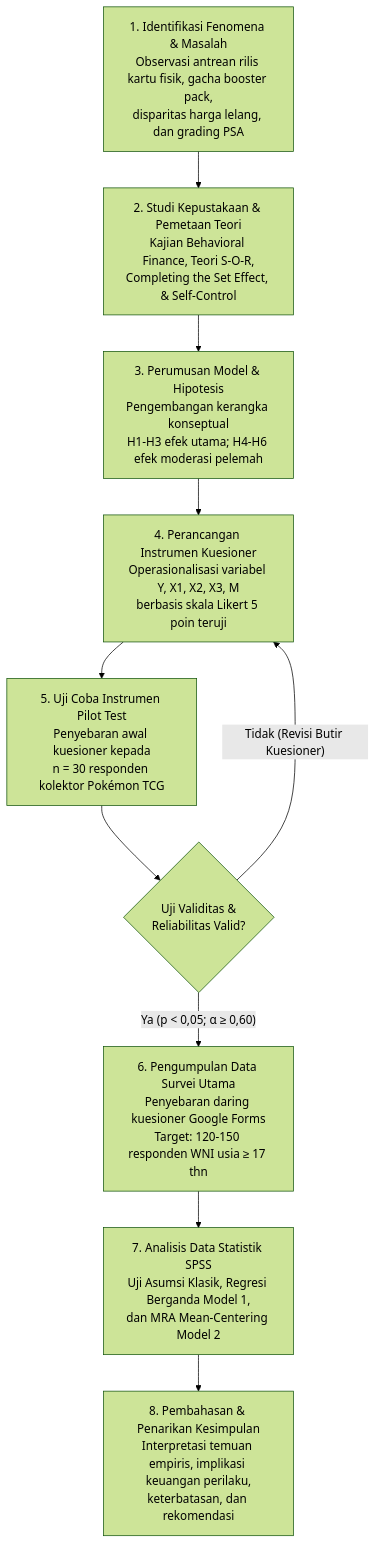
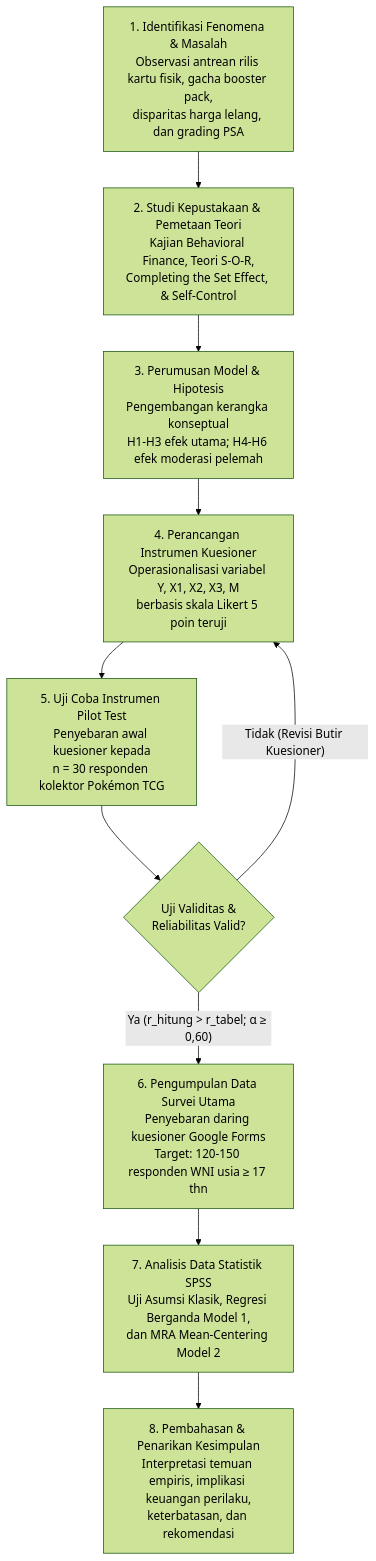
The diagram in 03_Draft_Per_Bab/BAB_III_METODE_PENELITIAN.md (arthurfreelanceinquiries-alt/SKRIPSI-arthur), drawn with Mermaid (forest theme) before and after one commit. The commit also changed other lines of this file and 20 other files, not shown here.

````diff
--- a/03_Draft_Per_Bab/BAB_III_METODE_PENELITIAN.md
+++ b/03_Draft_Per_Bab/BAB_III_METODE_PENELITIAN.md
@@ -255,12 +259,12 @@
 ```mermaid
 graph TD
     A[1. Identifikasi Fenomena & Masalah<br>Observasi antrean rilis kartu fisik, gacha booster pack,<br>disparitas harga lelang, dan grading PSA] --> B[2. Studi Kepustakaan & Pemetaan Teori<br>Kajian Behavioral Finance, Teori S-O-R,<br>Completing the Set Effect, & Self-Control]
     B --> C[3. Perumusan Model & Hipotesis<br>Pengembangan kerangka konseptual<br>H1-H3 efek utama; H4-H6 efek moderasi pelemah]
     C --> D[4. Perancangan Instrumen Kuesioner<br>Operasionalisasi variabel Y, X1, X2, X3, M<br>berbasis skala Likert 5 poin teruji]
     D --> E[5. Uji Coba Instrumen Pilot Test<br>Penyebaran awal kuesioner kepada<br>n = 30 responden kolektor Pokémon TCG]
     E --> F{Uji Validitas &<br>Reliabilitas Valid?}
     F -- "Tidak (Revisi Butir Kuesioner)" --> D
-    F -- "Ya (p < 0,05; α ≥ 0,60)" --> G[6. Pengumpulan Data Survei Utama<br>Penyebaran daring kuesioner Google Forms<br>Target: 120-150 responden WNI usia ≥ 17 thn]
+    F -- "Ya (r_hitung > r_tabel; α ≥ 0,60)" --> G[6. Pengumpulan Data Survei Utama<br>Penyebaran daring kuesioner Google Forms<br>Target: 120-150 responden WNI usia ≥ 17 thn]
     G --> H[7. Analisis Data Statistik SPSS<br>Uji Asumsi Klasik, Regresi Berganda Model 1,<br>dan MRA Mean-Centering Model 2]
     H --> I[8. Pembahasan & Penarikan Kesimpulan<br>Interpretasi temuan empiris, implikasi keuangan perilaku,<br>keterbatasan, dan rekomendasi]
 ```
````
